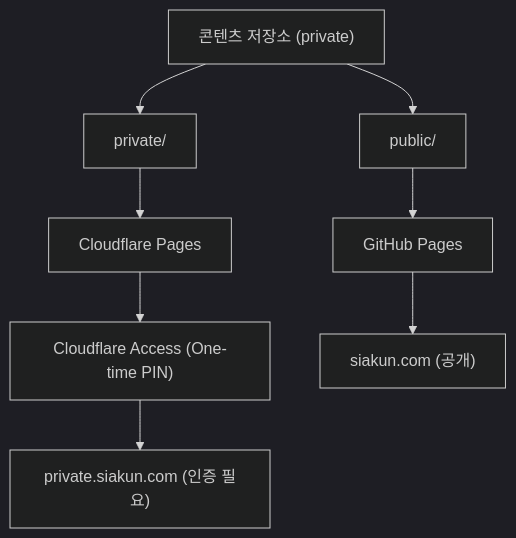
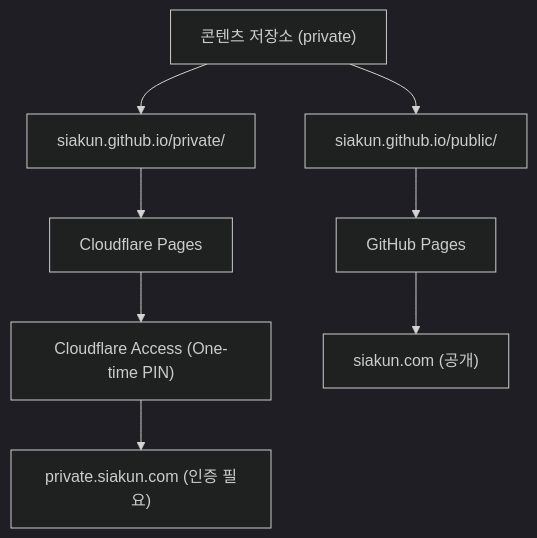
One commit to siakun/siakun.github.io changed the diagram in docs/[20260812-Plan] private-document-access.md. Above: the diagram before and after it, drawn with Mermaid (dark theme). The commit also changed other lines of this file and 8 other files, not shown here.

````diff
--- a/docs/[20260812-Plan] private-document-access.md
+++ b/docs/[20260812-Plan] private-document-access.md
@@ -60,16 +60,16 @@
 ```mermaid
 flowchart TD
     R["콘텐츠 저장소 (private)"]
-    P1["public/"]
-    P2["private/"]
+    P1["siakun.github.io/public/"]
+    P2["siakun.github.io/private/"]
     G["GitHub Pages"]
     C["Cloudflare Pages"]
     A["Cloudflare Access (One-time PIN)"]
     U1["siakun.com (공개)"]
     U2["private.siakun.com (인증 필요)"]
 
     R --> P1
     R --> P2
     P1 --> G --> U1
     P2 --> C --> A --> U2
 ```
````
